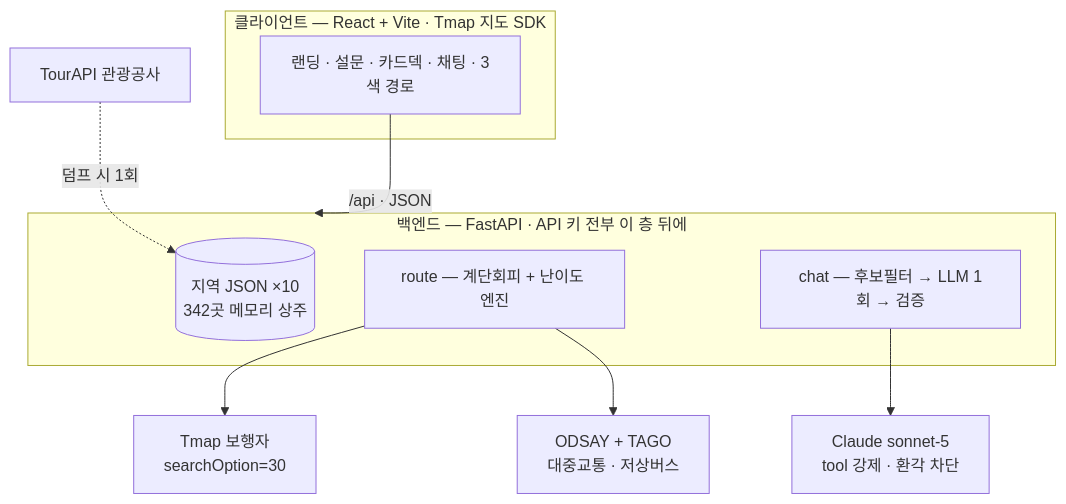
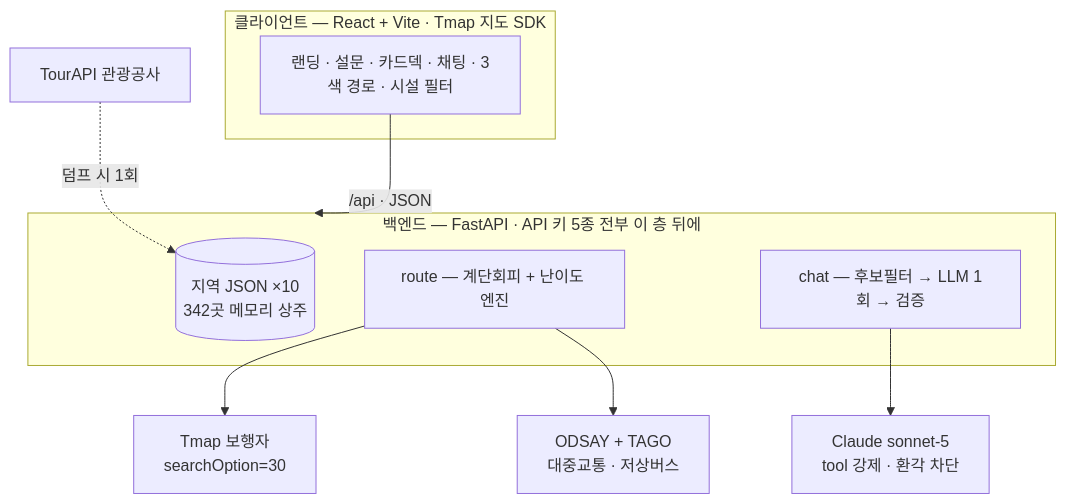
The diagram in README.md (gkfla2020-bit/barrier-free-travel), drawn with Mermaid before and after one commit. The commit also changed other lines of this file, not shown here.

````diff
--- a/README.md
+++ b/README.md
@@ -56,16 +96,16 @@
 ```mermaid
 flowchart TB
   subgraph CLIENT["클라이언트 — React + Vite · Tmap 지도 SDK"]
-    UI["랜딩 · 설문 · 카드덱 · 채팅 · 3색 경로"]
+    UI["랜딩 · 설문 · 카드덱 · 채팅 · 3색 경로 · 시설 필터"]
   end
-  subgraph SERVER["백엔드 — FastAPI · API 키 전부 이 층 뒤에"]
+  subgraph SERVER["백엔드 — FastAPI · API 키 5종 전부 이 층 뒤에"]
     ST[("지역 JSON ×10<br/>342곳 메모리 상주")]
     RT["route — 계단회피 + 난이도 엔진"]
     CH["chat — 후보필터 → LLM 1회 → 검증"]
   end
   UI -->|"/api · JSON"| SERVER
   RT --> TM["Tmap 보행자<br/>searchOption=30"]
   RT --> OD["ODSAY + TAGO<br/>대중교통 · 저상버스"]
   CH --> CL["Claude sonnet-5<br/>tool 강제 · 환각 차단"]
   TA["TourAPI 관광공사"] -. "덤프 시 1회" .-> ST
 ```
````
